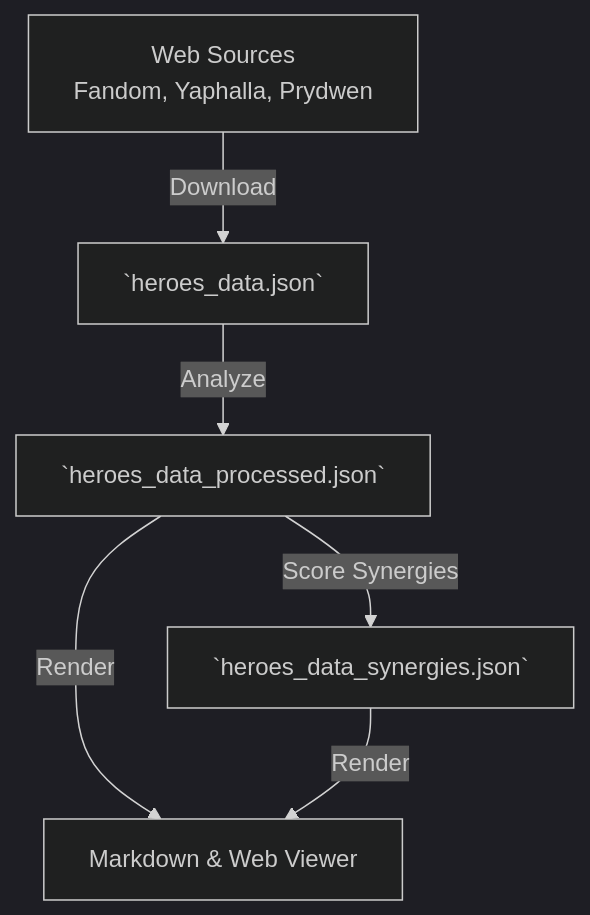
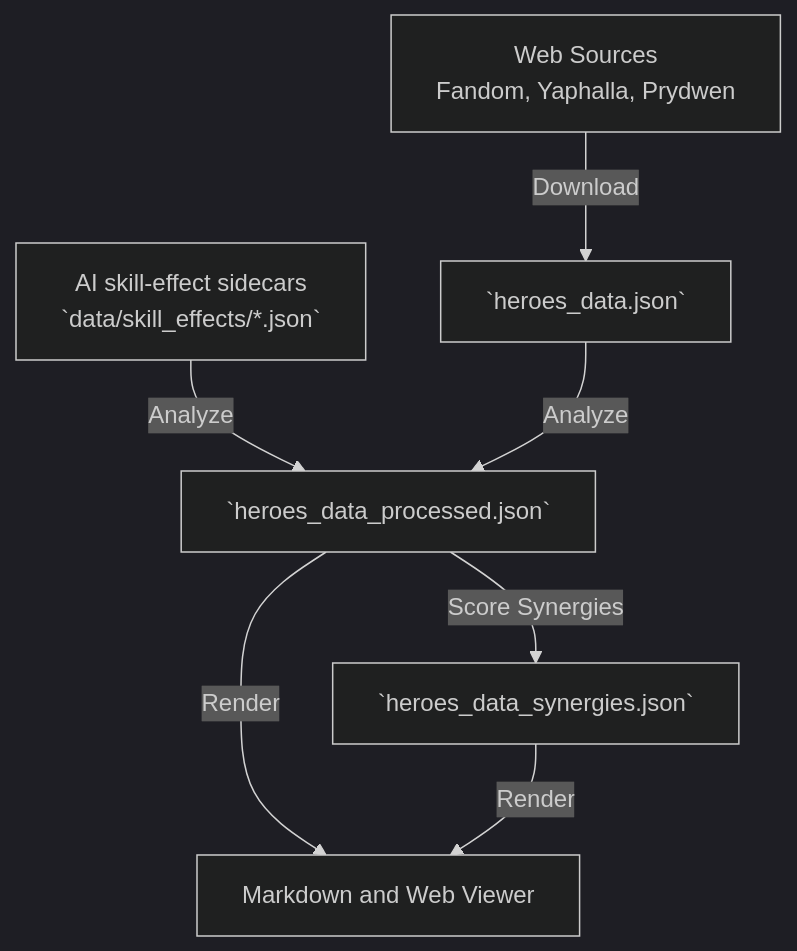
The diagram in docs/skill-analysis-pipeline.md (arnecls/afjk-characters), drawn with Mermaid (dark theme) before and after one commit. The commit also changed other lines of this file and 289 other files, not shown here.

````diff
--- a/docs/skill-analysis-pipeline.md
+++ b/docs/skill-analysis-pipeline.md
@@ -11,8 +11,9 @@
 ```mermaid
 graph TD
     Sources[Web Sources<br>Fandom, Yaphalla, Prydwen] -->|Download| RawData[`heroes_data.json`]
-    RawData -->|Analyze| Processed[`heroes_data_processed.json`]
+    Sidecars[AI skill-effect sidecars<br>`data/skill_effects/*.json`] -->|Analyze| Processed[`heroes_data_processed.json`]
+    RawData -->|Analyze| Processed
     Processed -->|Score Synergies| Synergies[`heroes_data_synergies.json`]
-    Processed -->|Render| Output[Markdown & Web Viewer]
+    Processed -->|Render| Output[Markdown and Web Viewer]
     Synergies -->|Render| Output
 ```
````
